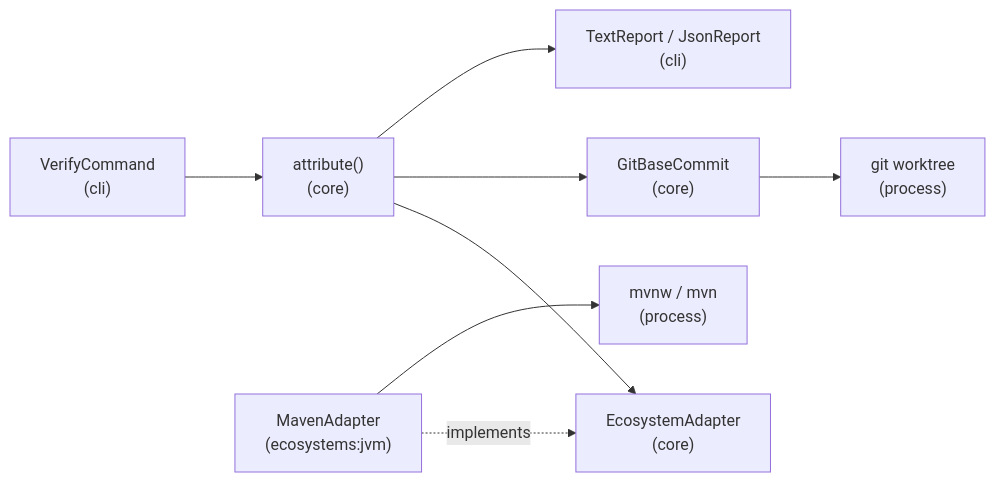
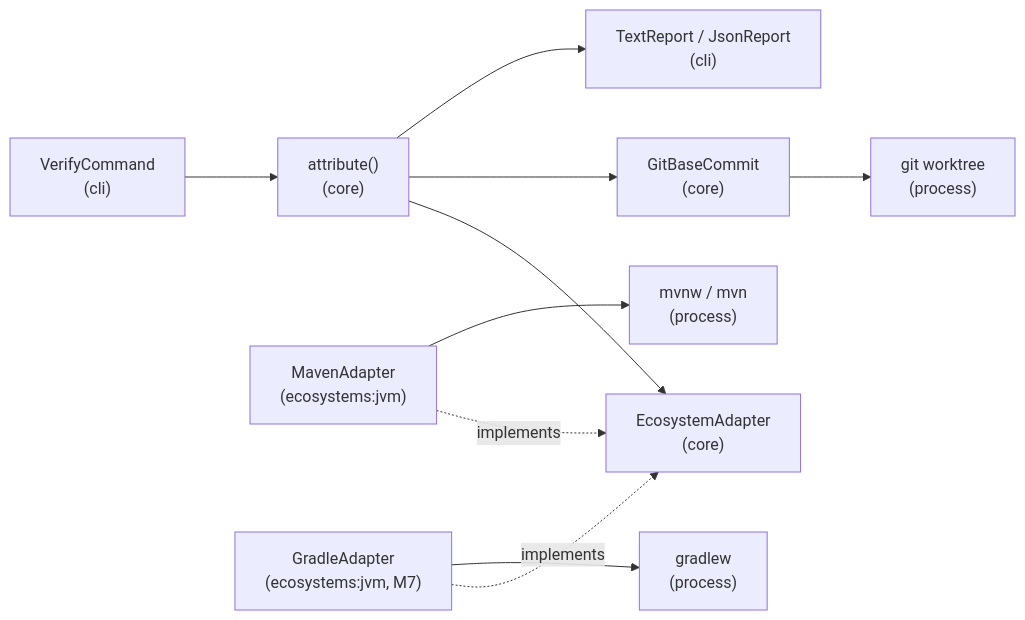
The first of 4 diagrams in docs/architecture/verify-pipeline.md (danvan86/lector-ai), drawn with Mermaid before and after one commit. The commit also changed other lines of this file and 7 other files, not shown here.

Commit message:
docs: document the Gradle adapter, and bring the architecture docs up to M7

````diff
--- a/docs/architecture/verify-pipeline.md
+++ b/docs/architecture/verify-pipeline.md
@@ -17,10 +17,12 @@
 ```mermaid
 flowchart LR
     cli["VerifyCommand<br/>(cli)"] --> attr["attribute()<br/>(core)"]
     attr --> port["EcosystemAdapter<br/>(core)"]
     maven["MavenAdapter<br/>(ecosystems:jvm)"] -. implements .-> port
+    gradle["GradleAdapter<br/>(ecosystems:jvm, M7)"] -. implements .-> port
     attr --> base["GitBaseCommit<br/>(core)"]
     maven --> mvn["mvnw / mvn<br/>(process)"]
+    gradle --> gradlew["gradlew<br/>(process)"]
     base --> git["git worktree<br/>(process)"]
     attr --> report["TextReport / JsonReport<br/>(cli)"]
 ```
````
